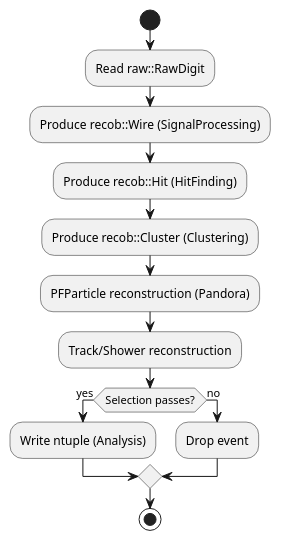
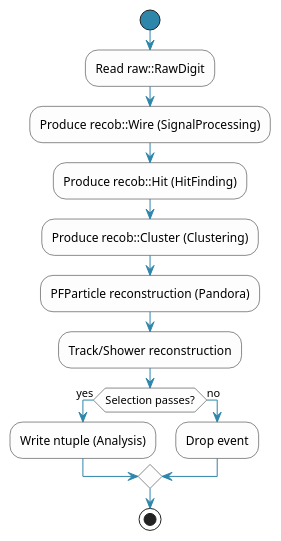
The diagram in docs/activity.puml (njlane314/workflow-diagrams), drawn with PlantUML before and after one commit.

```diff
--- a/docs/activity.puml
+++ b/docs/activity.puml
@@ -1,15 +1,24 @@
 @startuml LArSoft_Activity
+skinparam shadowing false
+skinparam defaultFontName Arial
+skinparam ArrowColor #2E86AB
+skinparam activity {
+  BackgroundColor #FDFDFD
+  BarColor #2E86AB
+  StartColor #2E86AB
+  EndColor #2E86AB
+}
 start
 :Read raw::RawDigit;
 :Produce recob::Wire (SignalProcessing);
 :Produce recob::Hit (HitFinding);
 :Produce recob::Cluster (Clustering);
 :PFParticle reconstruction (Pandora);
 :Track/Shower reconstruction;
 if (Selection passes?) then (yes)
   :Write ntuple (Analysis);
 else (no)
   :Drop event;
 endif
 stop
 @enduml
```
